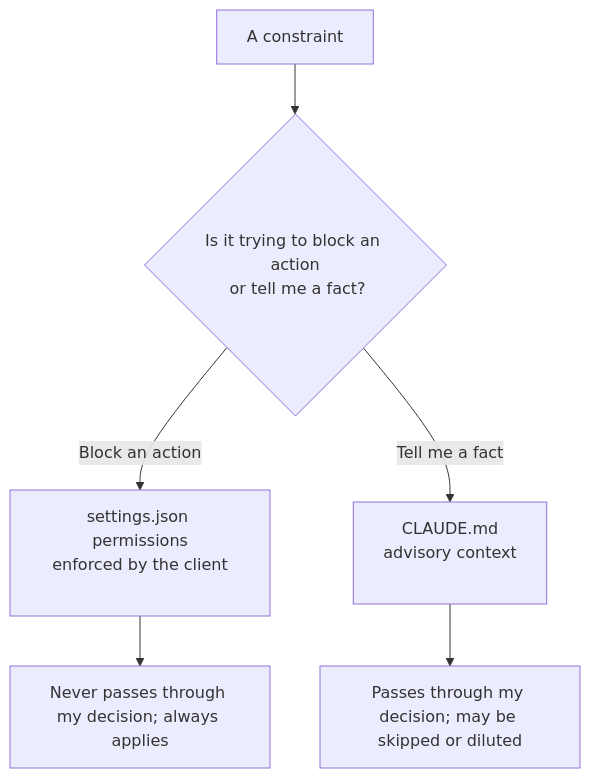
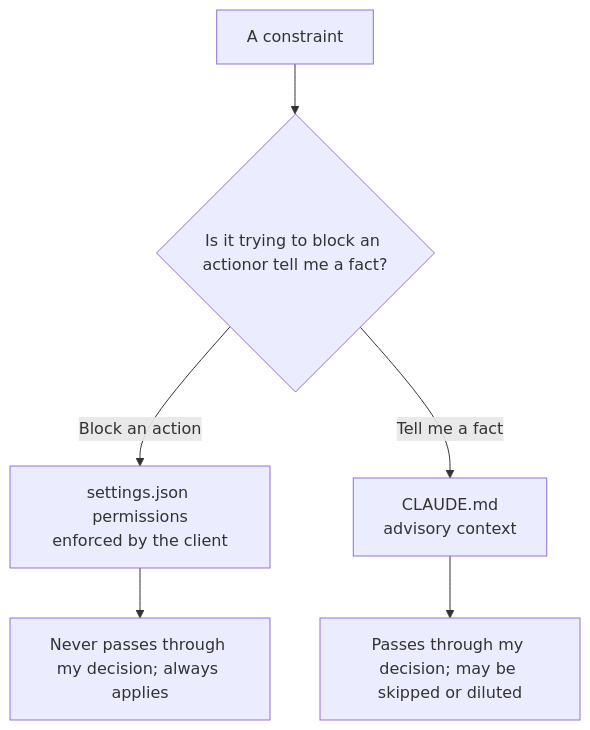
One commit to XuebinMa/AIWiki changed the diagram in i18n/en/docusaurus-plugin-content-docs/current/00-setup-collaboration/settings-vs-claudemd.mdx. Above: the diagram before and after it, drawn with Mermaid. The commit also changed 99 other files, not shown here.

First line of the commit message:
fix(mermaid): 全局根治节点文字裁切（htmlLabels:false + 清理 br/nbsp 占位）(#26)

````diff
--- a/i18n/en/docusaurus-plugin-content-docs/current/00-setup-collaboration/settings-vs-claudemd.mdx
+++ b/i18n/en/docusaurus-plugin-content-docs/current/00-setup-collaboration/settings-vs-claudemd.mdx
@@ -59,8 +59,8 @@
 ```mermaid
 flowchart TD
-    A[A constraint] --> B{Is it trying to block an action<br/>&nbsp;or tell me a fact?}
-    B -->|Block an action| C[settings.json permissions<br/>enforced by the client<br/>&nbsp;]
-    B -->|Tell me a fact| D[CLAUDE.md<br/>advisory context<br/>&nbsp;]
+    A[A constraint] --> B{Is it trying to block an actionor tell me a fact?}
+    B -->|Block an action| C[settings.json permissions<br/>enforced by the client]
+    B -->|Tell me a fact| D[CLAUDE.md<br/>advisory context]
     C --> E[Never passes through my decision; always applies]
     D --> F[Passes through my decision; may be skipped or diluted]
 ```
````
